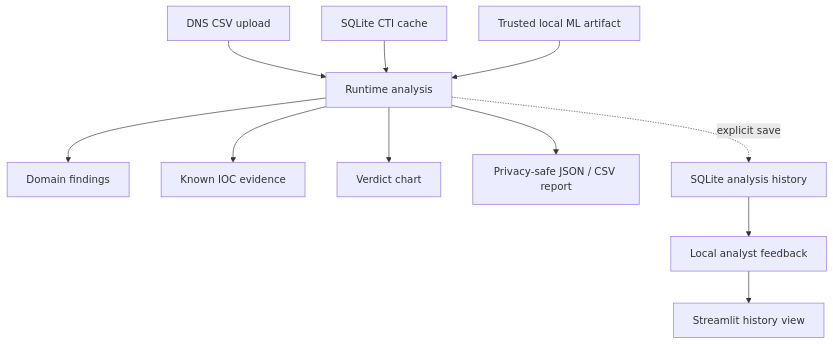
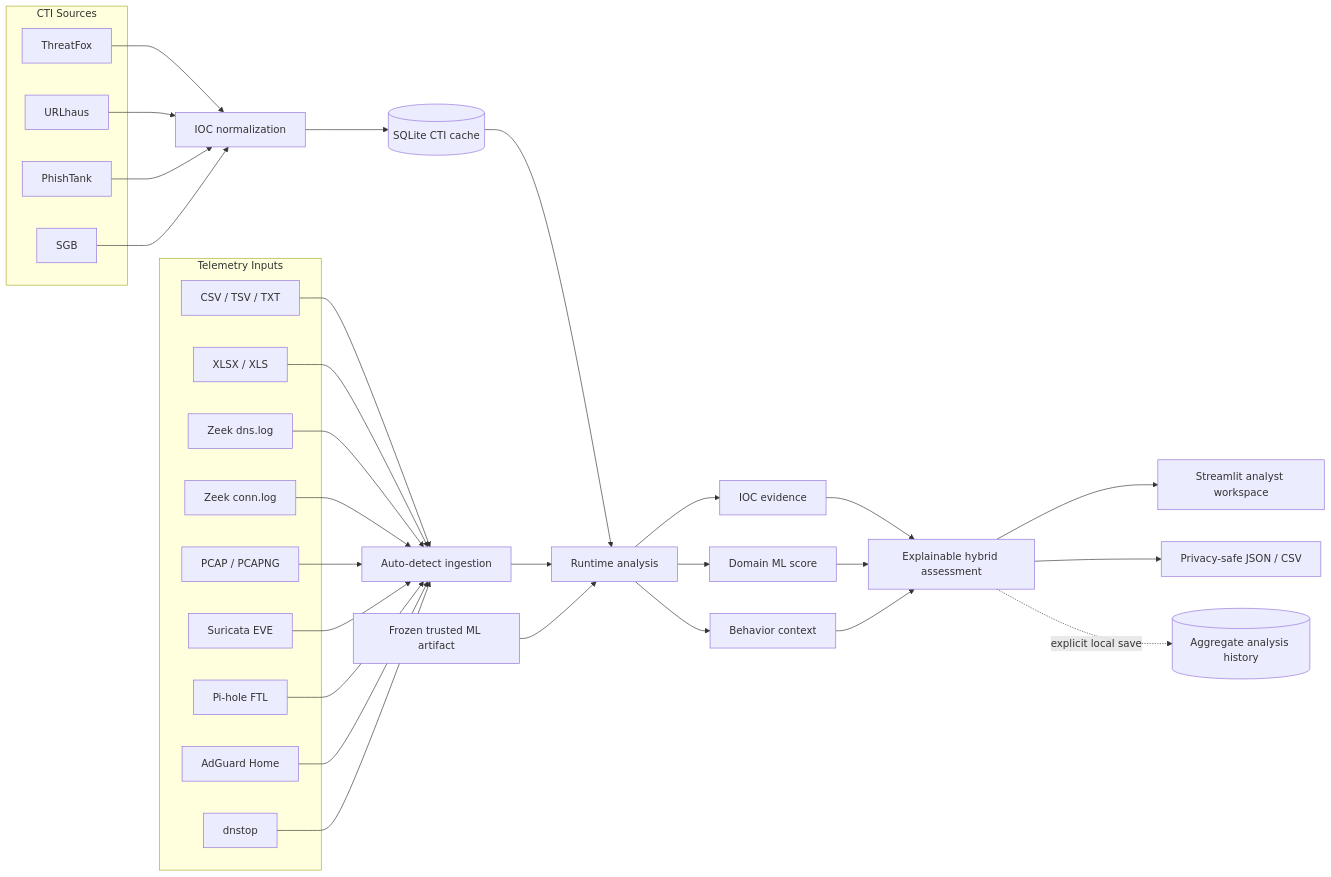
The first of 2 diagrams in docs/ARCHITECTURE.md (ConquestorYa/threatfusion-ai), drawn with Mermaid before and after one commit. The commit also changed other lines of this file, not shown here.

Commit message:
docs: rewrite architecture for current v0.1.0 system

````diff
--- a/docs/ARCHITECTURE.md
+++ b/docs/ARCHITECTURE.md
@@ -76,13 +9,53 @@
-```mermaid
-flowchart TD
-    Upload[DNS CSV upload] --> Runtime[Runtime analysis]
-    Cache[SQLite CTI cache] --> Runtime
-    Model[Trusted local ML artifact] --> Runtime
-    Runtime --> Findings[Domain findings]
-    Runtime --> Evidence[Known IOC evidence]
-    Runtime --> Chart[Verdict chart]
-    Runtime --> Export[Privacy-safe JSON / CSV report]
-    Runtime -. explicit save .-> History[SQLite analysis history]
-    History --> Feedback[Local analyst feedback]
-    Feedback --> Dashboard[Streamlit history view]
-```
+~~~mermaid
+flowchart LR
+    subgraph SOURCES["CTI Sources"]
+        TF[ThreatFox]
+        UH[URLhaus]
+        PT[PhishTank]
+        SGB[SGB]
+    end
+
+    subgraph TELEMETRY["Telemetry Inputs"]
+        T1[CSV / TSV / TXT]
+        T2[XLSX / XLS]
+        T3[Zeek dns.log]
+        T4[Zeek conn.log]
+        T5[PCAP / PCAPNG]
+        T6[Suricata EVE]
+        T7[Pi-hole FTL]
+        T8[AdGuard Home]
+        T9[dnstop]
+    end
+
+    TF --> NORM[IOC normalization]
+    UH --> NORM
+    PT --> NORM
+    SGB --> NORM
+    NORM --> CACHE[(SQLite CTI cache)]
+
+    T1 --> INGEST[Auto-detect ingestion]
+    T2 --> INGEST
+    T3 --> INGEST
+    T4 --> INGEST
+    T5 --> INGEST
+    T6 --> INGEST
+    T7 --> INGEST
+    T8 --> INGEST
+    T9 --> INGEST
+
+    CACHE --> RUNTIME[Runtime analysis]
+    INGEST --> RUNTIME
+    MODEL[Frozen trusted ML artifact] --> RUNTIME
+
+    RUNTIME --> MATCH[IOC evidence]
+    RUNTIME --> ML[Domain ML score]
+    RUNTIME --> BEHAVIOR[Behavior context]
+
+    MATCH --> HYBRID[Explainable hybrid assessment]
+    ML --> HYBRID
+    BEHAVIOR --> HYBRID
+
+    HYBRID --> UI[Streamlit analyst workspace]
+    HYBRID --> EXPORT[Privacy-safe JSON / CSV]
+    HYBRID -. explicit local save .-> HISTORY[(Aggregate analysis history)]
+~~~
````
